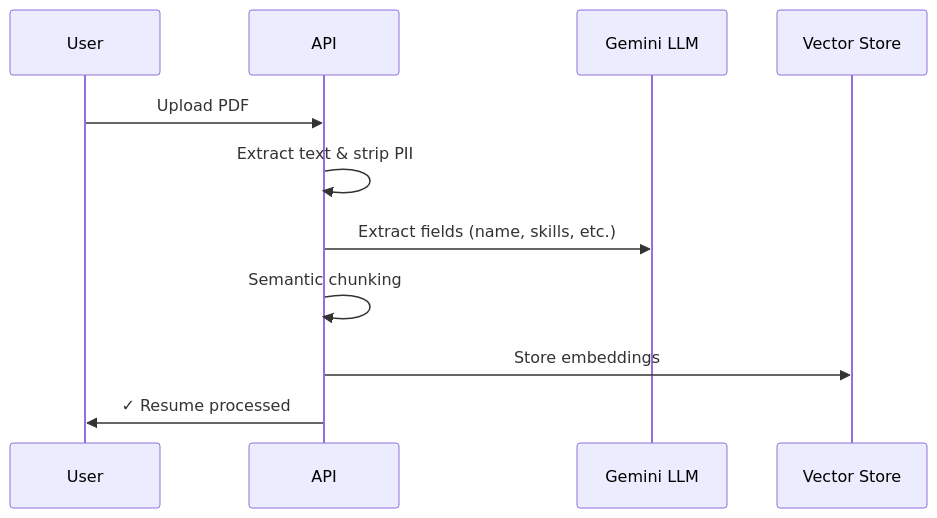
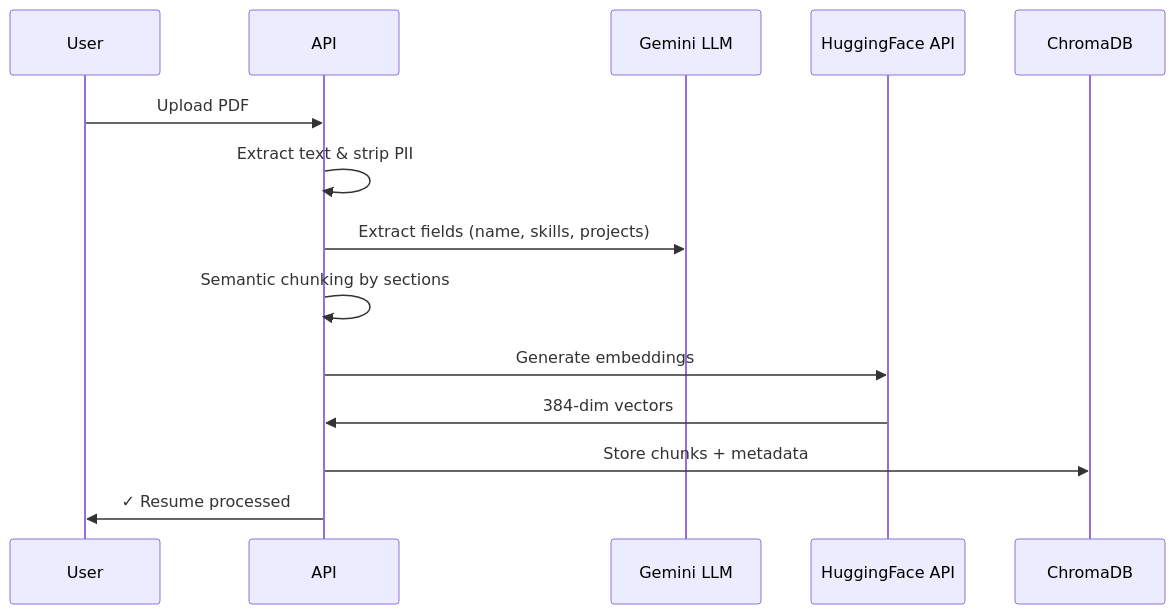
One commit to Priyanshukumaranand/mcp-resume-engine changed the second of 3 diagrams in README.md. Above: the diagram before and after it, drawn with Mermaid. The commit also changed other lines of this file and 15 other files, not shown here.

First line of the commit message:
feat: Add HuggingFace embeddings, Redis queue, and improved docs

````diff
--- a/README.md
+++ b/README.md
@@ -92,14 +176,17 @@
 ```mermaid
 sequenceDiagram
     participant User
     participant API
     participant LLM as Gemini LLM
-    participant Vec as Vector Store
+    participant HF as HuggingFace API
+    participant Vec as ChromaDB
     
     User->>API: Upload PDF
     API->>API: Extract text & strip PII
-    API->>LLM: Extract fields (name, skills, etc.)
-    API->>API: Semantic chunking
-    API->>Vec: Store embeddings
+    API->>LLM: Extract fields (name, skills, projects)
+    API->>API: Semantic chunking by sections
+    API->>HF: Generate embeddings
+    HF->>API: 384-dim vectors
+    API->>Vec: Store chunks + metadata
     API->>User: ✓ Resume processed
 ```
````
